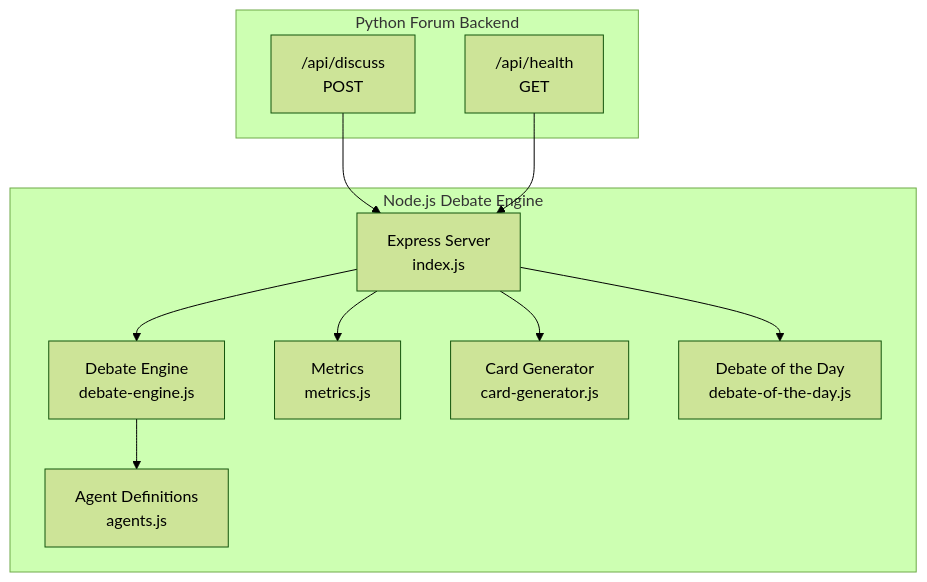
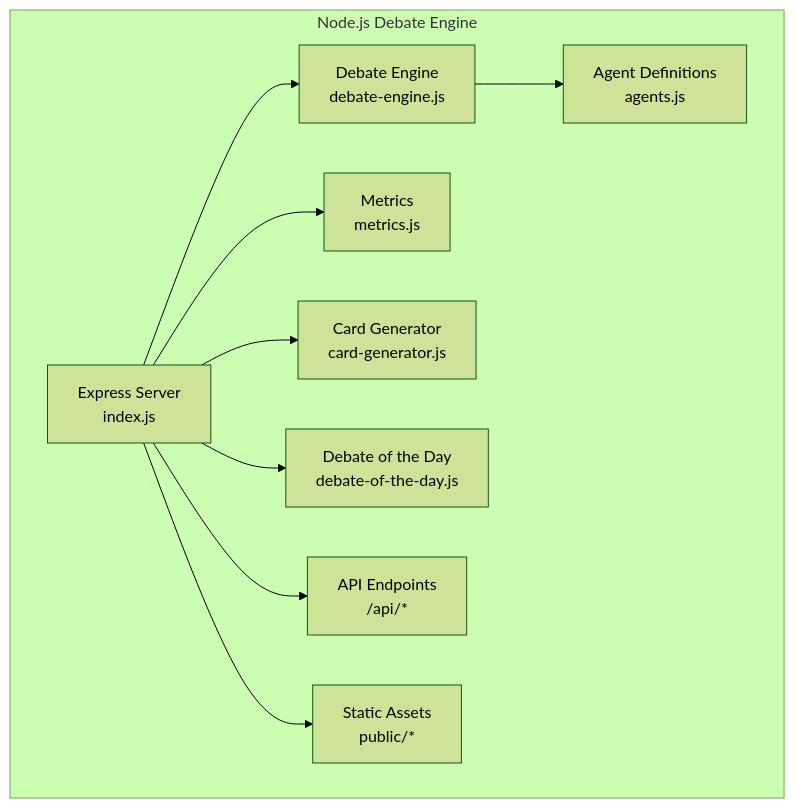
The first of 3 diagrams in .qoder/repowiki/en/content/Research & Discussion Platform/Discussion API Endpoints.md (RunTimeAdmin/tri-ai), drawn with Mermaid (forest theme) before and after one commit. The commit also changed other lines of this file and 21 other files, not shown here.

````diff
--- a/.qoder/repowiki/en/content/Research & Discussion Platform/Discussion API Endpoints.md
+++ b/.qoder/repowiki/en/content/Research & Discussion Platform/Discussion API Endpoints.md
@@ -47,22 +54,20 @@
 ```mermaid
 graph TB
-subgraph "Python Forum Backend"
-PY_API["/api/discuss<br/>POST"]
-PY_HEALTH["/api/health<br/>GET"]
-end
 subgraph "Node.js Debate Engine"
 NODE_INDEX["Express Server<br/>index.js"]
 NODE_DEBATE["Debate Engine<br/>debate-engine.js"]
 NODE_AGENTS["Agent Definitions<br/>agents.js"]
 NODE_METRICS["Metrics<br/>metrics.js"]
 NODE_CARD["Card Generator<br/>card-generator.js"]
 NODE_DOTD["Debate of the Day<br/>debate-of-the-day.js"]
+ENDPOINTS["API Endpoints<br/>/api/*"]
+STATIC["Static Assets<br/>public/*"]
 end
-PY_API --> NODE_INDEX
-PY_HEALTH --> NODE_INDEX
 NODE_INDEX --> NODE_DEBATE
 NODE_DEBATE --> NODE_AGENTS
 NODE_INDEX --> NODE_METRICS
 NODE_INDEX --> NODE_CARD
 NODE_INDEX --> NODE_DOTD
+NODE_INDEX --> ENDPOINTS
+NODE_INDEX --> STATIC
 ```
````
